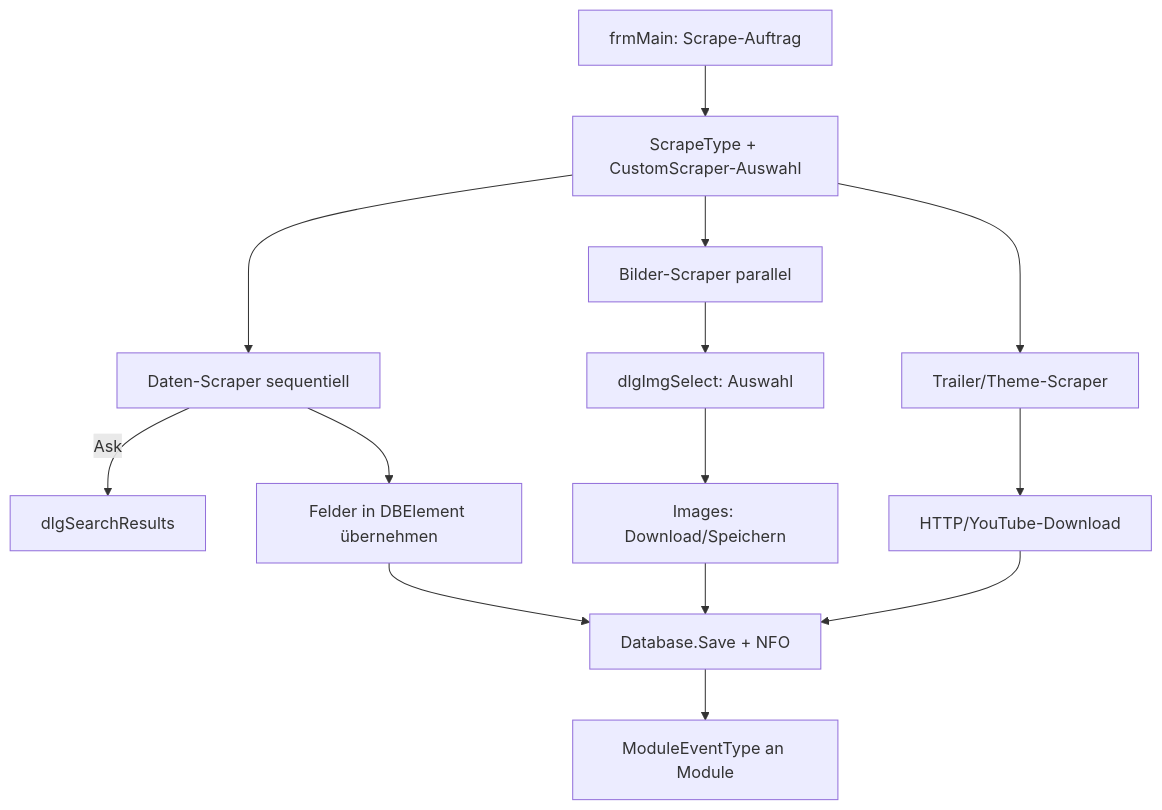
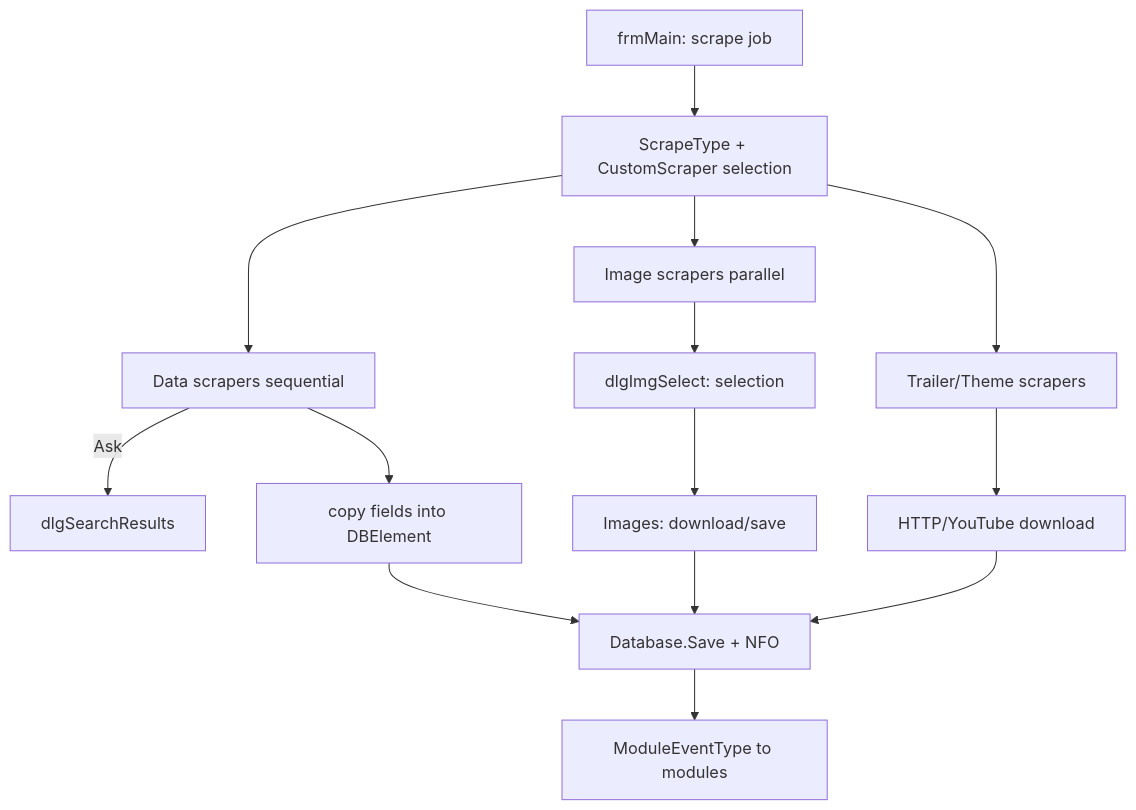
Before and after one commit to martin-stromberg/Ember-Media-Manager: the diagram in docs/help/scraper/ablauf-technisch.md, drawn with Mermaid. The commit also changed other lines of this file and 49 other files, not shown here.

````diff
--- a/docs/help/scraper/ablauf-technisch.md
+++ b/docs/help/scraper/ablauf-technisch.md
@@ -45,16 +45,16 @@
 ```mermaid
 flowchart TD
-    A[frmMain: Scrape-Auftrag] --> B[ScrapeType + CustomScraper-Auswahl]
-    B --> C[Daten-Scraper sequentiell]
+    A[frmMain: scrape job] --> B[ScrapeType + CustomScraper selection]
+    B --> C[Data scrapers sequential]
     C -->|Ask| D[dlgSearchResults]
-    C --> E[Felder in DBElement übernehmen]
-    B --> F[Bilder-Scraper parallel]
-    F --> G[dlgImgSelect: Auswahl]
-    G --> H[Images: Download/Speichern]
-    B --> I[Trailer/Theme-Scraper]
-    I --> J[HTTP/YouTube-Download]
+    C --> E[copy fields into DBElement]
+    B --> F[Image scrapers parallel]
+    F --> G[dlgImgSelect: selection]
+    G --> H[Images: download/save]
+    B --> I[Trailer/Theme scrapers]
+    I --> J[HTTP/YouTube download]
     E --> K[Database.Save + NFO]
     H --> K
     J --> K
-    K --> L[ModuleEventType an Module]
+    K --> L[ModuleEventType to modules]
 ```
````
